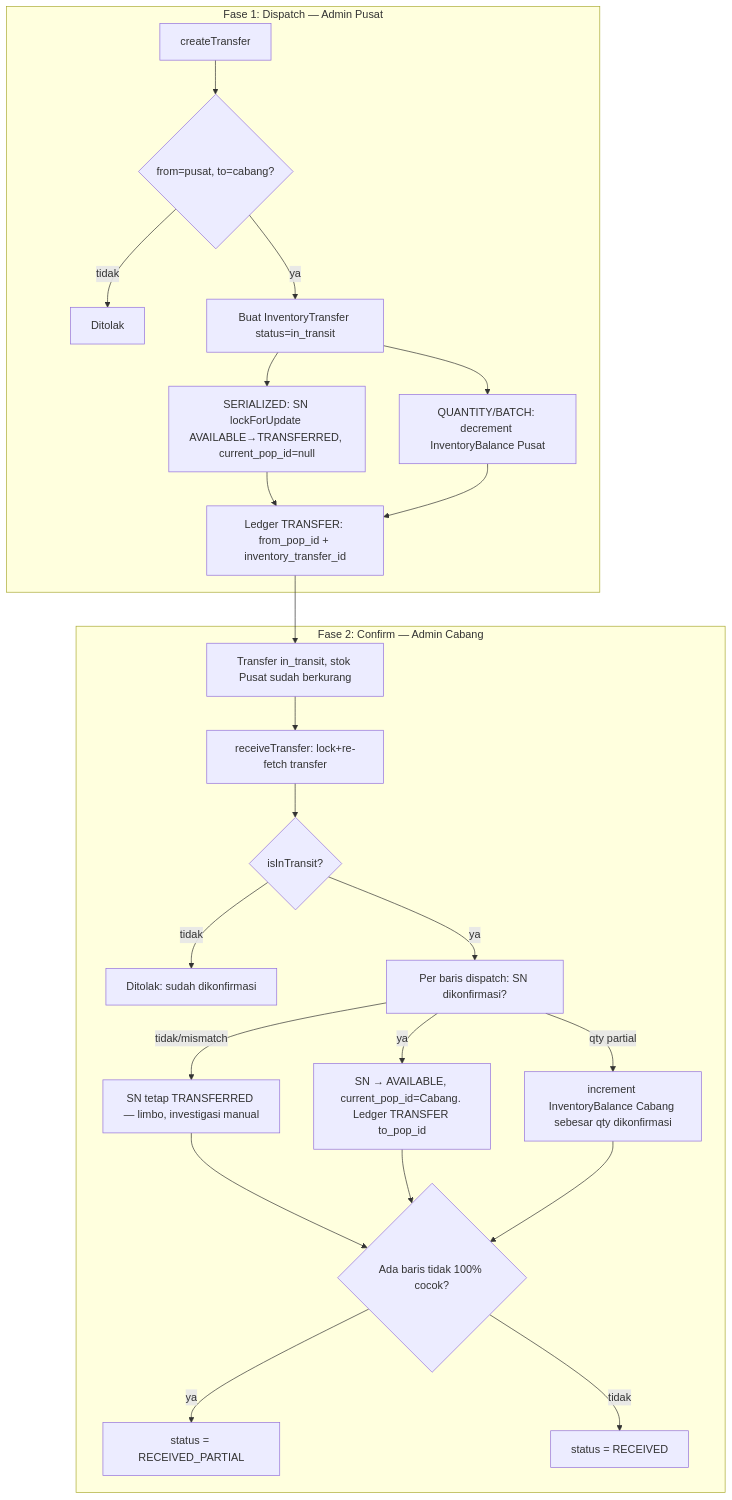
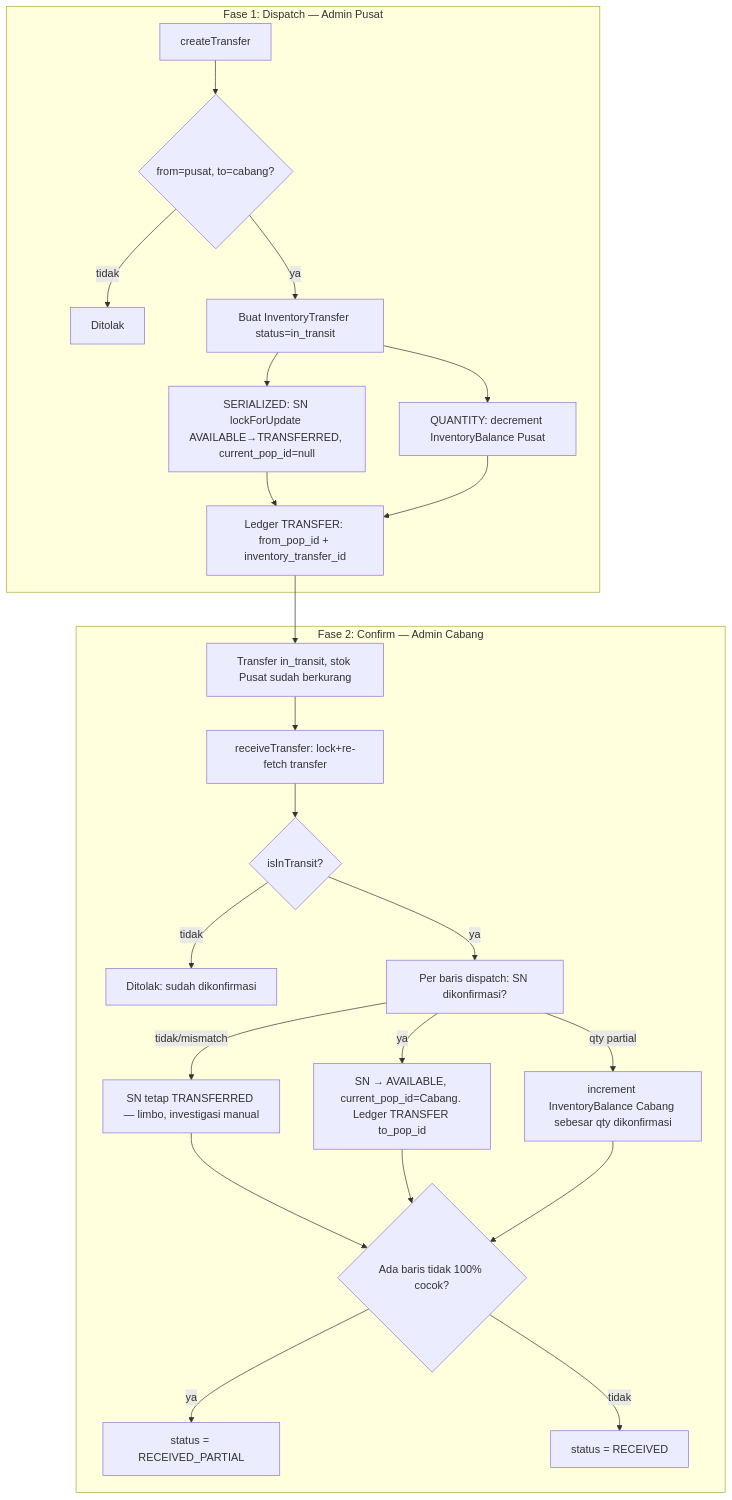
One commit to YofhiFauda/whusnet-operasional changed the second of 7 diagrams in docs/warehouse/flowchart.md. Above: the diagram before and after it, drawn with Mermaid. The commit also changed other lines of this file and 253 other files, not shown here.

````diff
--- a/docs/warehouse/flowchart.md
+++ b/docs/warehouse/flowchart.md
@@ -26,29 +32,29 @@
 ```mermaid
 flowchart TD
     subgraph Dispatch [Fase 1: Dispatch — Admin Pusat]
         A1[createTransfer] --> A2{from=pusat, to=cabang?}
         A2 -- tidak --> XA[Ditolak]
         A2 -- ya --> A3[Buat InventoryTransfer status=in_transit]
         A3 --> A4[SERIALIZED: SN lockForUpdate AVAILABLE→TRANSFERRED, current_pop_id=null]
-        A3 --> A5[QUANTITY/BATCH: decrement InventoryBalance Pusat]
+        A3 --> A5[QUANTITY: decrement InventoryBalance Pusat]
         A4 --> A6[Ledger TRANSFER: from_pop_id + inventory_transfer_id]
         A5 --> A6
     end
 
     A6 --> B1[Transfer in_transit, stok Pusat sudah berkurang]
 
     subgraph Confirm [Fase 2: Confirm — Admin Cabang]
         B1 --> B2[receiveTransfer: lock+re-fetch transfer]
         B2 --> B3{isInTransit?}
         B3 -- tidak --> XB[Ditolak: sudah dikonfirmasi]
         B3 -- ya --> B4[Per baris dispatch: SN dikonfirmasi?]
         B4 -- tidak/mismatch --> B5[SN tetap TRANSFERRED — limbo, investigasi manual]
         B4 -- ya --> B6[SN → AVAILABLE, current_pop_id=Cabang. Ledger TRANSFER to_pop_id]
         B4 -- qty partial --> B7[increment InventoryBalance Cabang sebesar qty dikonfirmasi]
         B5 --> B8{Ada baris tidak 100% cocok?}
         B6 --> B8
         B7 --> B8
         B8 -- ya --> B9[status = RECEIVED_PARTIAL]
         B8 -- tidak --> B10[status = RECEIVED]
     end
 ```
````
